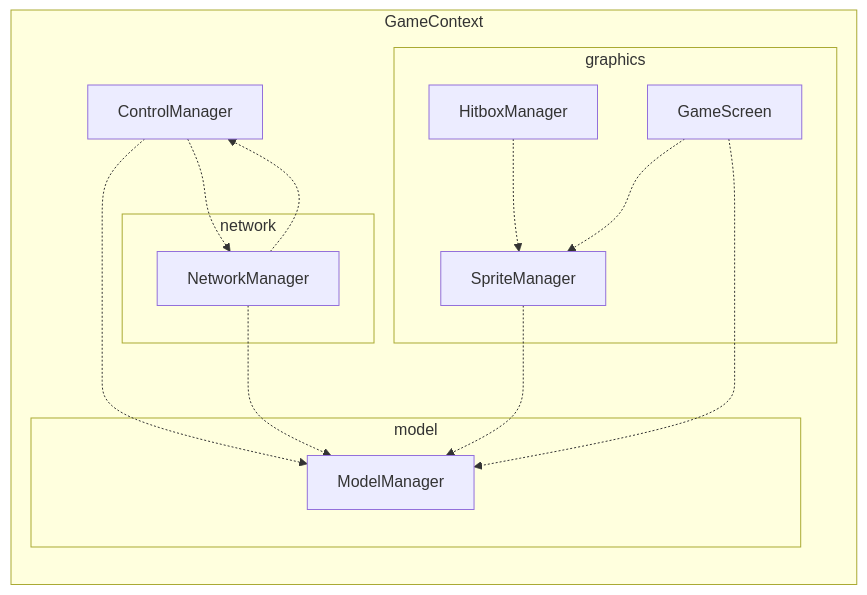
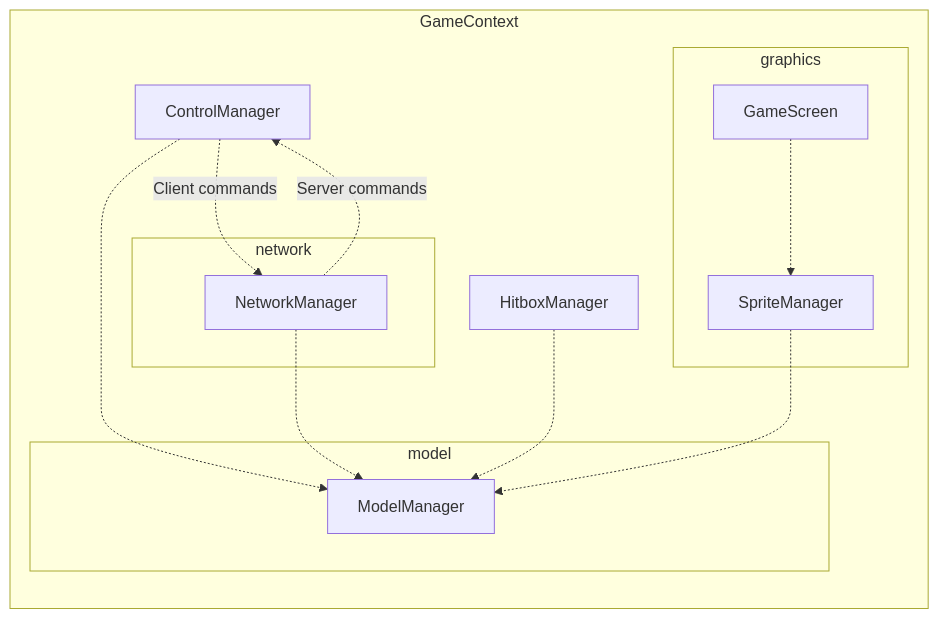
One commit to nathan-nguyen/console-color changed the diagram in README.md. Above: the diagram before and after it, drawn with Mermaid. The commit also changed other lines of this file and 10 other files, not shown here.

Commit message:
Decoupled GameScreen and ModelManager

````diff
--- a/README.md
+++ b/README.md
@@ -18,24 +18,25 @@
 ```mermaid
 graph LR
   subgraph GameContext
     subgraph model
       ModelManager
     end
+
     subgraph network
       NetworkManager
     end
+
     subgraph graphics
-      SpriteManager
-      HitboxManager
-      GameScreen
+      GameScreen -.-> SpriteManager;
     end
-    ControlManager -.-> NetworkManager;
+
+    ControlManager -.-> |Client commands| NetworkManager;
+    NetworkManager -.-> |Server commands| ControlManager;
     ControlManager -.-> ModelManager;
-    NetworkManager -.-> ControlManager;
     NetworkManager -.-> ModelManager;
+
+    HitboxManager -.-> ModelManager
+
     SpriteManager -.-> ModelManager;
-    HitboxManager -.-> SpriteManager;
-    GameScreen -.-> SpriteManager;
-    GameScreen -.-> ModelManager;
   end
 ```
````
